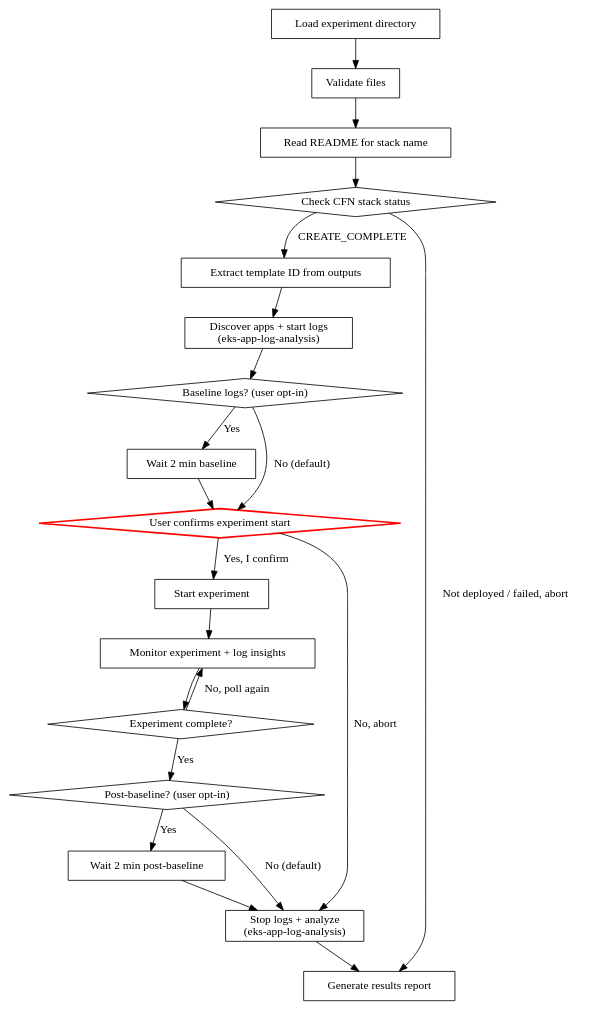
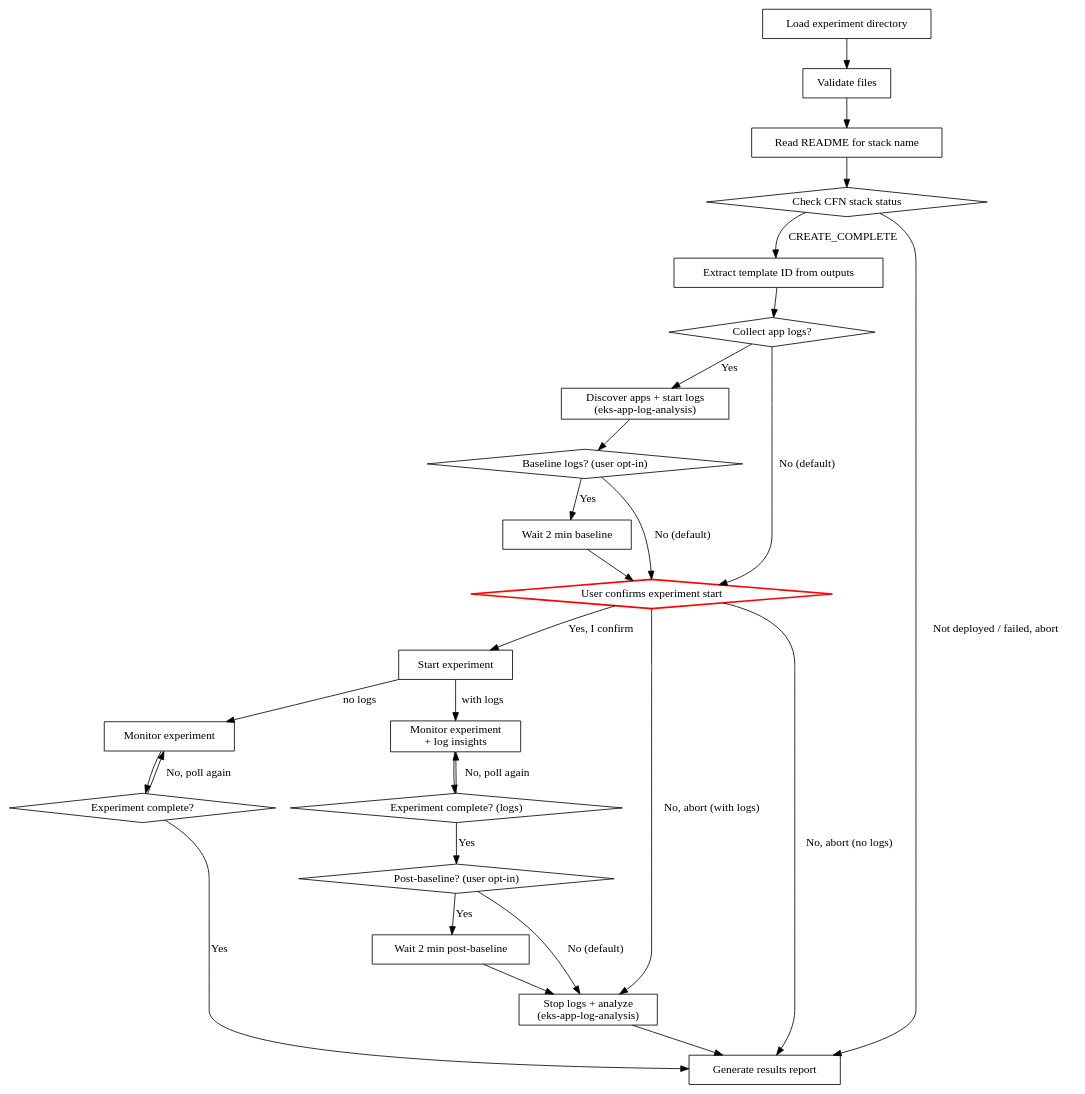
The diagram in aws-fis-experiment-execute/SKILL.md (panlm/skills), drawn with Graphviz before and after one commit. The commit also changed other lines of this file and 3 other files, not shown here.

First line of the commit message:
enhance: make app log collection opt-in (default off) in execute skill

````diff
--- a/aws-fis-experiment-execute/SKILL.md
+++ b/aws-fis-experiment-execute/SKILL.md
@@ -38,41 +38,51 @@
 ```dot
 digraph execute_flow {
     "Load experiment directory" [shape=box];
     "Validate files" [shape=box];
     "Read README for stack name" [shape=box];
     "Check CFN stack status" [shape=diamond];
     "Extract template ID from outputs" [shape=box];
+    "Collect app logs?" [shape=diamond];
     "Discover apps + start logs\n(eks-app-log-analysis)" [shape=box];
     "Baseline logs? (user opt-in)" [shape=diamond];
     "Wait 2 min baseline" [shape=box];
     "User confirms experiment start" [shape=diamond, style=bold, color=red];
     "Start experiment" [shape=box];
-    "Monitor experiment + log insights" [shape=box];
+    "Monitor experiment" [shape=box];
+    "Monitor experiment\n+ log insights" [shape=box];
     "Experiment complete?" [shape=diamond];
+    "Experiment complete? (logs)" [shape=diamond];
     "Post-baseline? (user opt-in)" [shape=diamond];
     "Wait 2 min post-baseline" [shape=box];
     "Stop logs + analyze\n(eks-app-log-analysis)" [shape=box];
     "Generate results report" [shape=box];
 
     "Load experiment directory" -> "Validate files";
     "Validate files" -> "Read README for stack name";
     "Read README for stack name" -> "Check CFN stack status";
     "Check CFN stack status" -> "Extract template ID from outputs" [label="CREATE_COMPLETE"];
     "Check CFN stack status" -> "Generate results report" [label="Not deployed / failed, abort"];
-    "Extract template ID from outputs" -> "Discover apps + start logs\n(eks-app-log-analysis)";
+    "Extract template ID from outputs" -> "Collect app logs?";
+    "Collect app logs?" -> "Discover apps + start logs\n(eks-app-log-analysis)" [label="Yes"];
+    "Collect app logs?" -> "User confirms experiment start" [label="No (default)"];
     "Discover apps + start logs\n(eks-app-log-analysis)" -> "Baseline logs? (user opt-in)";
     "Baseline logs? (user opt-in)" -> "Wait 2 min baseline" [label="Yes"];
     "Baseline logs? (user opt-in)" -> "User confirms experiment start" [label="No (default)"];
     "Wait 2 min baseline" -> "User confirms experiment start";
     "User confirms experiment start" -> "Start experiment" [label="Yes, I confirm"];
-    "User confirms experiment start" -> "Stop logs + analyze\n(eks-app-log-analysis)" [label="No, abort"];
-    "Start experiment" -> "Monitor experiment + log insights";
-    "Monitor experiment + log insights" -> "Experiment complete?";
-    "Experiment complete?" -> "Monitor experiment + log insights" [label="No, poll again"];
-    "Experiment complete?" -> "Post-baseline? (user opt-in)" [label="Yes"];
+    "User confirms experiment start" -> "Generate results report" [label="No, abort (no logs)"];
+    "User confirms experiment start" -> "Stop logs + analyze\n(eks-app-log-analysis)" [label="No, abort (with logs)"];
+    "Start experiment" -> "Monitor experiment" [label="no logs"];
+    "Start experiment" -> "Monitor experiment\n+ log insights" [label="with logs"];
+    "Monitor experiment" -> "Experiment complete?";
+    "Monitor experiment\n+ log insights" -> "Experiment complete? (logs)";
+    "Experiment complete?" -> "Monitor experiment" [label="No, poll again"];
+    "Experiment complete?" -> "Generate results report" [label="Yes"];
+    "Experiment complete? (logs)" -> "Monitor experiment\n+ log insights" [label="No, poll again"];
+    "Experiment complete? (logs)" -> "Post-baseline? (user opt-in)" [label="Yes"];
     "Post-baseline? (user opt-in)" -> "Wait 2 min post-baseline" [label="Yes"];
     "Post-baseline? (user opt-in)" -> "Stop logs + analyze\n(eks-app-log-analysis)" [label="No (default)"];
     "Wait 2 min post-baseline" -> "Stop logs + analyze\n(eks-app-log-analysis)";
     "Stop logs + analyze\n(eks-app-log-analysis)" -> "Generate results report";
 }
 ```
````
